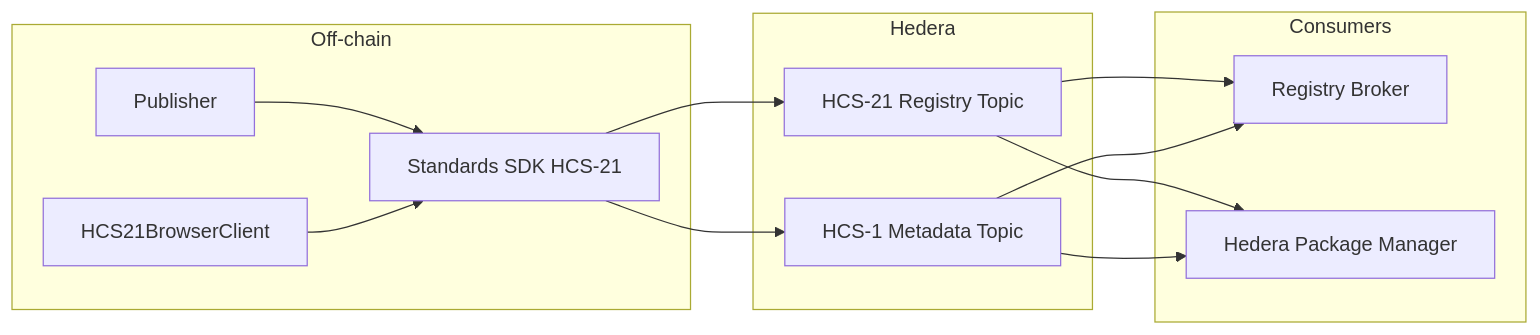
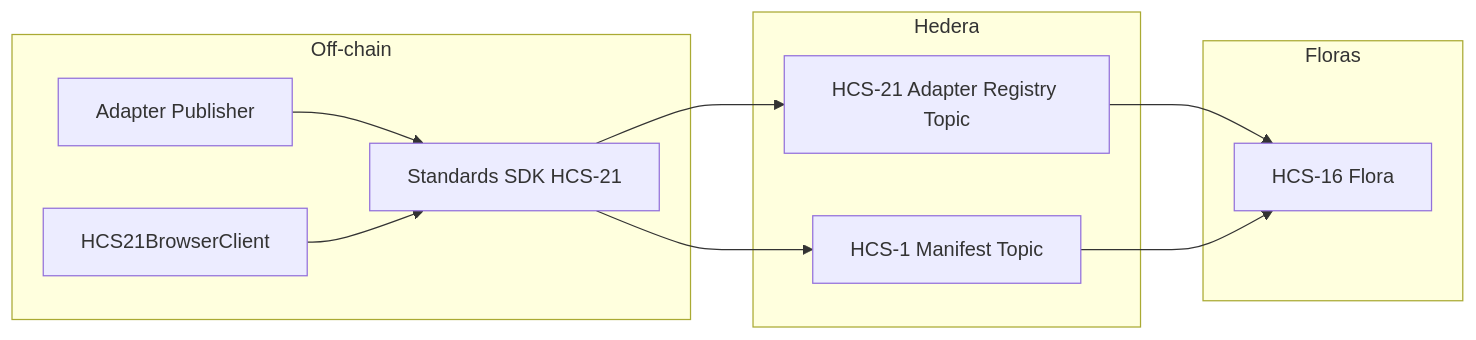
Before and after one commit to hashgraph-online/hcs-improvement-proposals: the diagram in docs/libraries/standards-sdk/hcs-21/overview.md, drawn with Mermaid. The commit also changed other lines of this file and 9 other files, not shown here.

````diff
--- a/docs/libraries/standards-sdk/hcs-21/overview.md
+++ b/docs/libraries/standards-sdk/hcs-21/overview.md
@@ -17,25 +17,22 @@
 ```mermaid
 flowchart LR
     subgraph Off-chain
-        Dev[Publisher]
+        Publisher[Adapter Publisher]
         SDK[Standards SDK HCS-21]
         Browser[HCS21BrowserClient]
     end
     subgraph Hedera
-        Topic[HCS-21 Registry Topic]
-        Metadata[HCS-1 Metadata Topic]
+    Manifest[HCS-1 Manifest Topic]
+        RegistryTopic[HCS-21 Adapter Registry Topic]
     end
-    subgraph Consumers
-        Broker[Registry Broker]
-        HPM[Hedera Package Manager]
+    subgraph Floras
+        Flora[HCS-16 Flora]
     end
 
-    Dev --> SDK
+    Publisher --> SDK
     Browser --> SDK
-    SDK --> Metadata
-    SDK --> Topic
-    Topic --> Broker
-    Topic --> HPM
-    Metadata --> Broker
-    Metadata --> HPM
+    SDK --> Manifest
+    SDK --> RegistryTopic
+    RegistryTopic --> Flora
+    Manifest --> Flora
 ```
````
